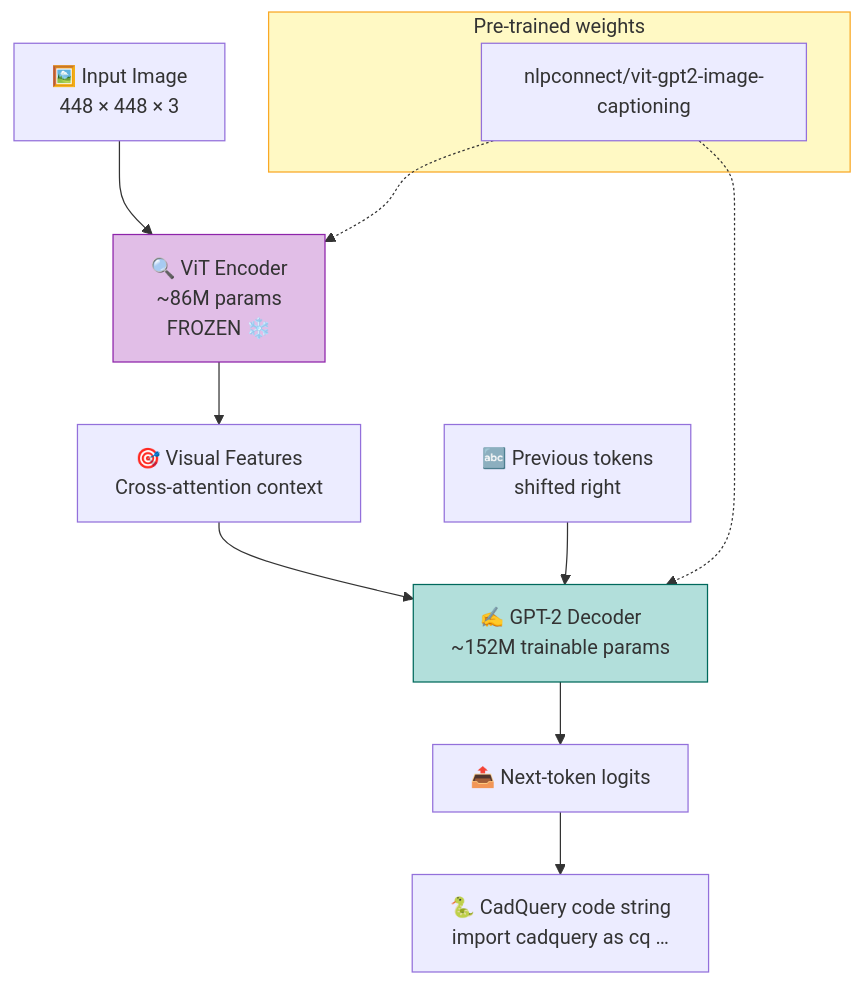
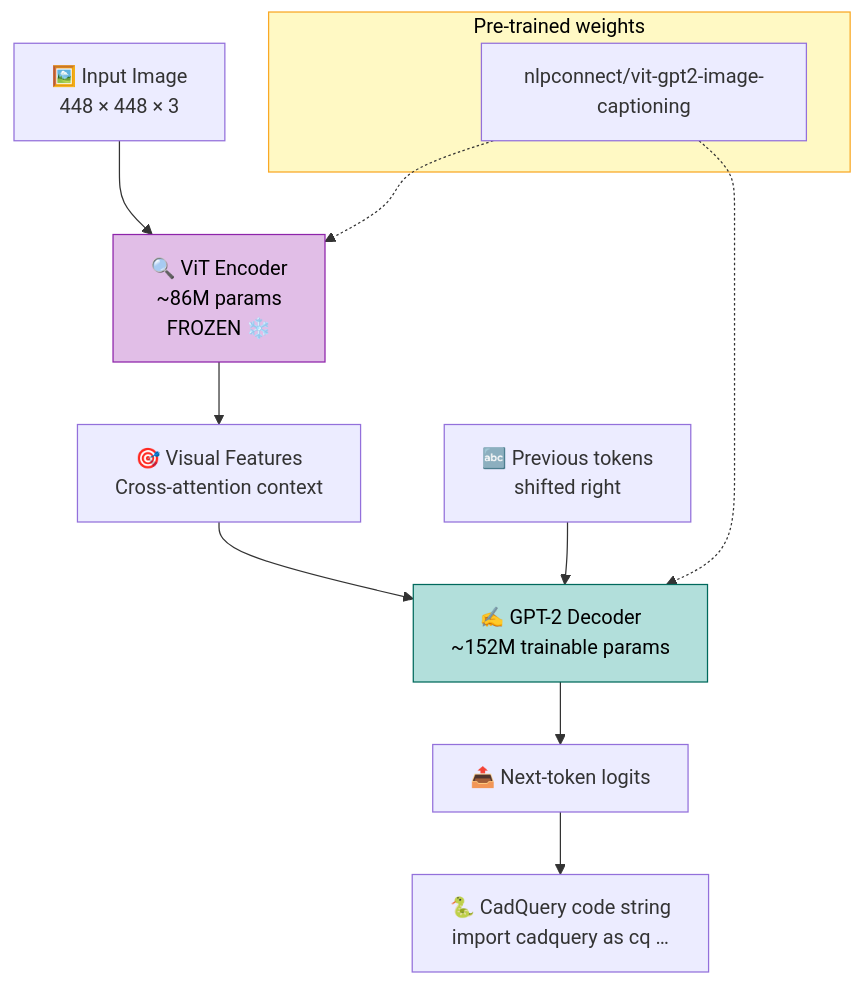
Before and after one commit to Ahmad-Abudllah-Ahmad/macagents_mock_test_1: the fourth of 10 diagrams in README.md, drawn with Mermaid. The commit also changed other lines of this file, not shown here.

Commit message:
Use black text in README Mermaid diagram nodes for readability.

````diff
--- a/README.md
+++ b/README.md
@@ -167,22 +167,22 @@
 ```mermaid
 flowchart TB
     IMG["🖼️ Input Image<br/>448 × 448 × 3"] --> VIT["🔍 ViT Encoder<br/>~86M params<br/>FROZEN ❄️"]
 
     VIT --> FEAT["🎯 Visual Features<br/>Cross-attention context"]
 
     FEAT --> DEC["✍️ GPT-2 Decoder<br/>~152M trainable params"]
     TOK["🔤 Previous tokens<br/>shifted right"] --> DEC
 
     DEC --> LOGITS["📤 Next-token logits"]
     LOGITS --> CODE["🐍 CadQuery code string<br/>import cadquery as cq …"]
 
     subgraph CHECKPOINT["Pre-trained weights"]
         CP["nlpconnect/vit-gpt2-image-captioning"]
     end
     CP -.-> VIT
     CP -.-> DEC
 
-    style VIT fill:#e1bee7,stroke:#8e24aa
-    style DEC fill:#b2dfdb,stroke:#00695c
-    style CHECKPOINT fill:#fff9c4,stroke:#f9a825
+    style VIT fill:#e1bee7,stroke:#8e24aa,color:#000
+    style DEC fill:#b2dfdb,stroke:#00695c,color:#000
+    style CHECKPOINT fill:#fff9c4,stroke:#f9a825,color:#000
 ```
````
